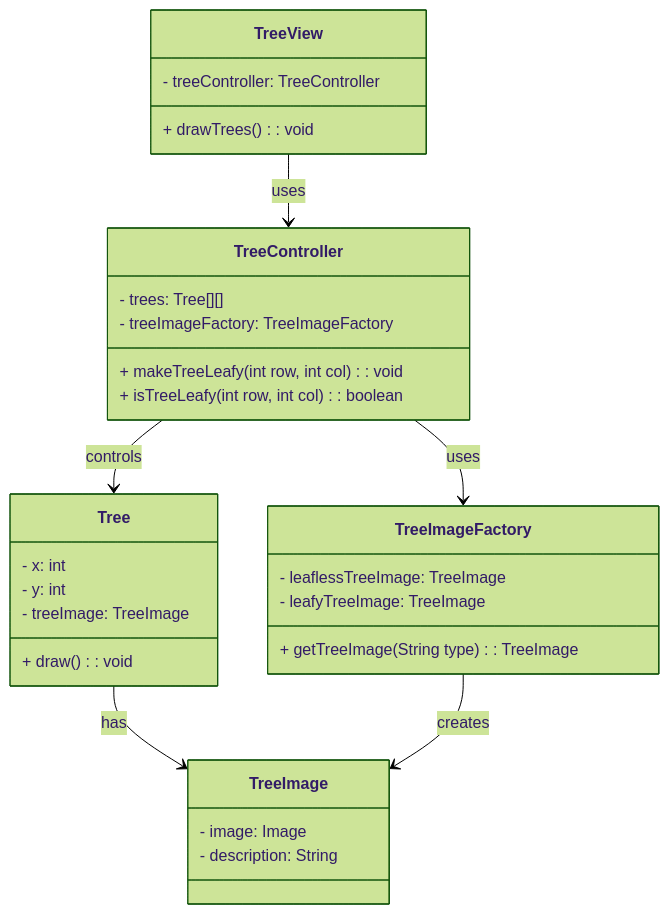
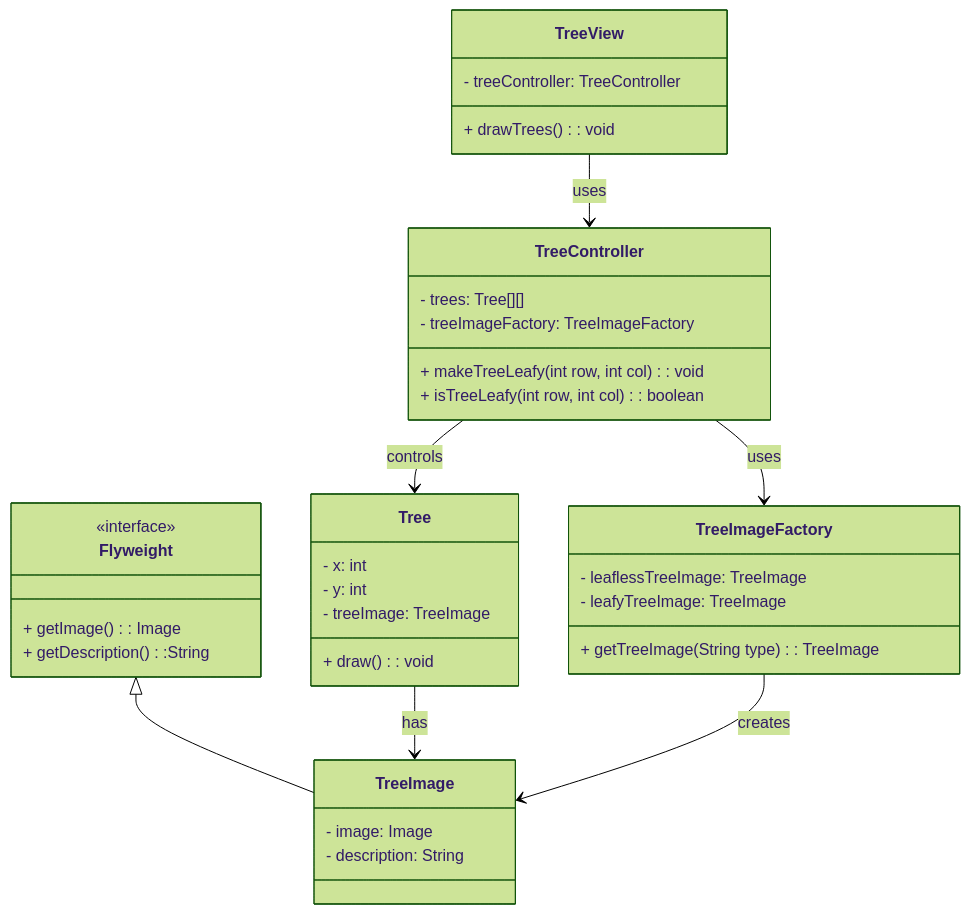
One commit to vesavvo/design_patterns changed the diagram in markdown/examples/flyweight.md. Above: the diagram before and after it, drawn with Mermaid (forest theme).

Commit message:
Add Flyweight interface to diagram

````diff
--- a/markdown/examples/flyweight.md
+++ b/markdown/examples/flyweight.md
@@ -33,34 +33,41 @@
 ```mermaid
 classDiagram
+    class Flyweight {
+        <<interface>>
+        + getImage(): Image
+        + getDescription():String
+    }
     class TreeController {
         - trees: Tree[][]
         - treeImageFactory: TreeImageFactory
         + makeTreeLeafy(int row, int col): void
         + isTreeLeafy(int row, int col): boolean
     }
     class TreeView {
         - treeController: TreeController
         + drawTrees(): void
     }
     class Tree {
         - x: int
         - y: int
         - treeImage: TreeImage
         + draw(): void
     }
     class TreeImage {
         - image: Image
         - description: String
     }
     class TreeImageFactory {
         - leaflessTreeImage: TreeImage
         - leafyTreeImage: TreeImage
         + getTreeImage(String type): TreeImage
     }
+    Flyweight <|-- TreeImage
     TreeController --> Tree : controls
     TreeController --> TreeImageFactory : uses
     TreeView --> TreeController : uses
     Tree --> TreeImage : has
     TreeImageFactory --> TreeImage : creates
 
+
 ```
````
